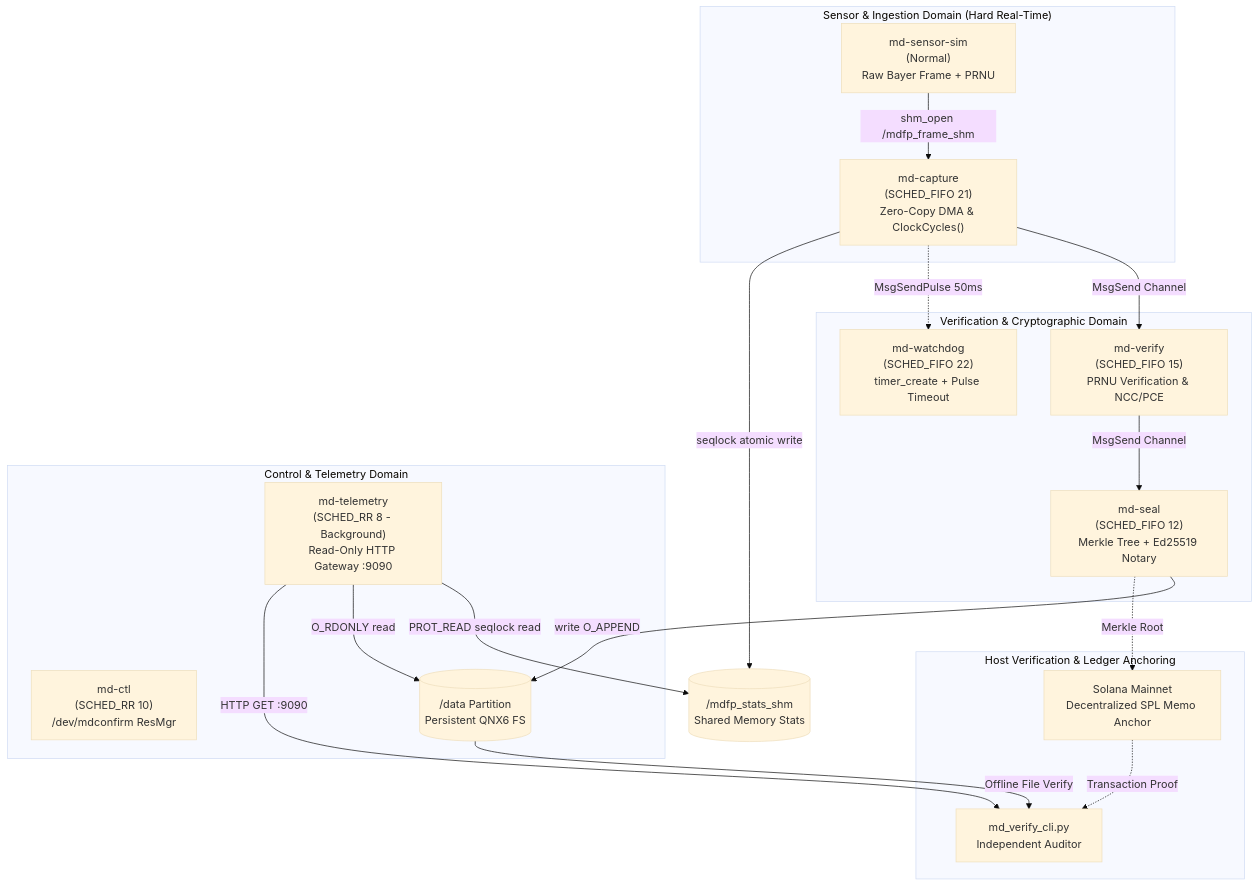
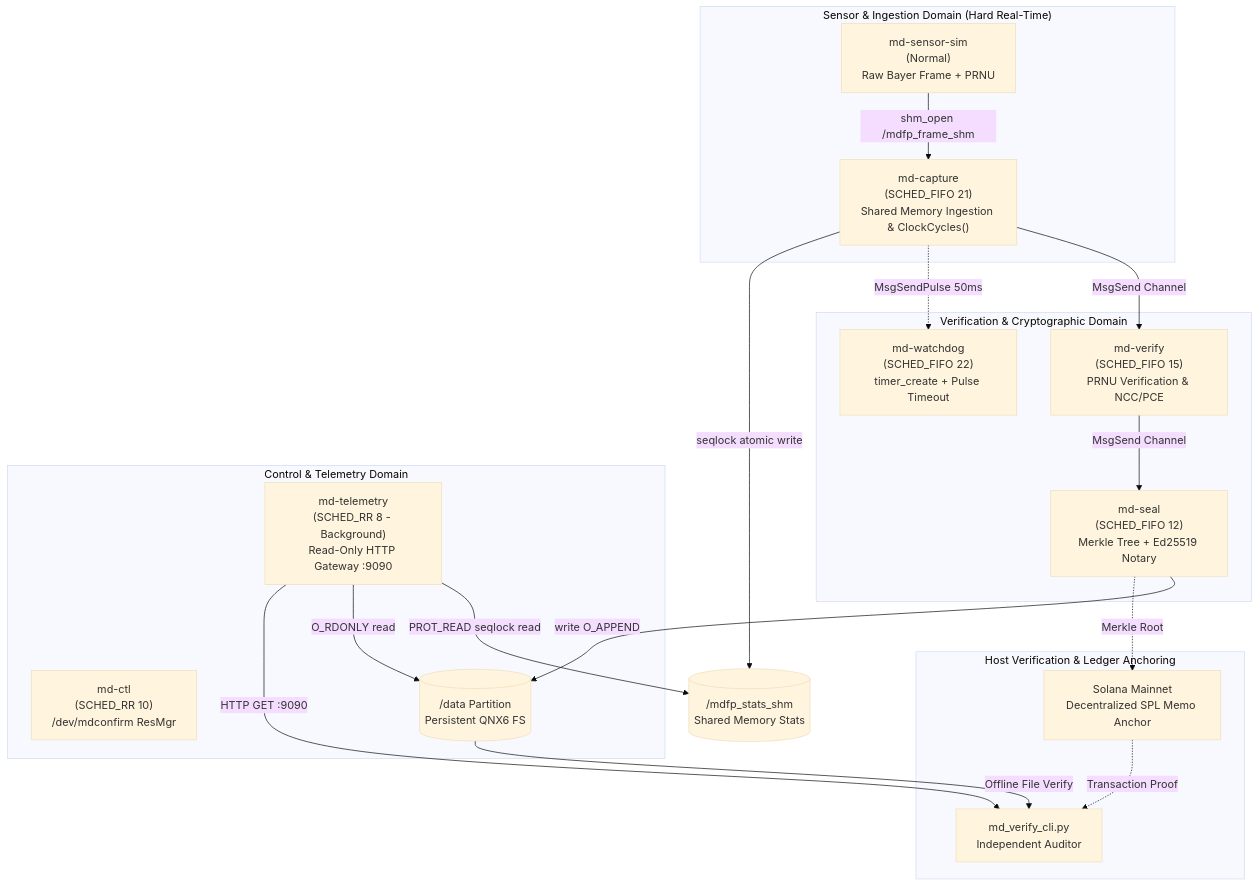
The diagram in README.md (CenterDigitalTrust/MD-Confirm-RTOS), drawn with Mermaid (base theme) before and after one commit.

Commit message:
docs: refine diagram label to shared memory ingestion

````diff
--- a/README.md
+++ b/README.md
@@ -68,39 +68,39 @@
 ```mermaid
 flowchart TD
     subgraph SENSOR_DOMAIN["Sensor & Ingestion Domain (Hard Real-Time)"]
         SIM["md-sensor-sim<br/>(Normal)<br/>Raw Bayer Frame + PRNU"]
-        CAP["md-capture<br/>(SCHED_FIFO 21)<br/>Zero-Copy DMA & ClockCycles()"]
+        CAP["md-capture<br/>(SCHED_FIFO 21)<br/>Shared Memory Ingestion & ClockCycles()"]
     end
 
     subgraph CRYPTO_DOMAIN["Verification & Cryptographic Domain"]
         VER["md-verify<br/>(SCHED_FIFO 15)<br/>PRNU Verification & NCC/PCE"]
         SEAL["md-seal<br/>(SCHED_FIFO 12)<br/>Merkle Tree + Ed25519 Notary"]
         WDOG["md-watchdog<br/>(SCHED_FIFO 22)<br/>timer_create + Pulse Timeout"]
     end
 
     subgraph SYSTEM_DOMAIN["Control & Telemetry Domain"]
         CTL["md-ctl<br/>(SCHED_RR 10)<br/>/dev/mdconfirm ResMgr"]
         TEL["md-telemetry<br/>(SCHED_RR 8 - Background)<br/>Read-Only HTTP Gateway :9090"]
         FS[("/data Partition<br/>Persistent QNX6 FS")]
     end
 
     subgraph HOST_DOMAIN["Host Verification & Ledger Anchoring"]
         CLI["md_verify_cli.py<br/>Independent Auditor"]
         SOL["Solana Mainnet<br/>Decentralized SPL Memo Anchor"]
     end
 
     SIM -->|shm_open /mdfp_frame_shm| CAP
     CAP -->|MsgSend Channel| VER
     VER -->|MsgSend Channel| SEAL
     CAP -.->|MsgSendPulse 50ms| WDOG
     SEAL -->|write O_APPEND| FS
 
     CAP -->|seqlock atomic write| SHM_STATS[("/mdfp_stats_shm<br/>Shared Memory Stats")]
     TEL -->|PROT_READ seqlock read| SHM_STATS
     TEL -->|O_RDONLY read| FS
 
     TEL -->|HTTP GET :9090| CLI
     SEAL -.->|Merkle Root| SOL
     SOL -.->|Transaction Proof| CLI
     FS -->|Offline File Verify| CLI
 ```
````
